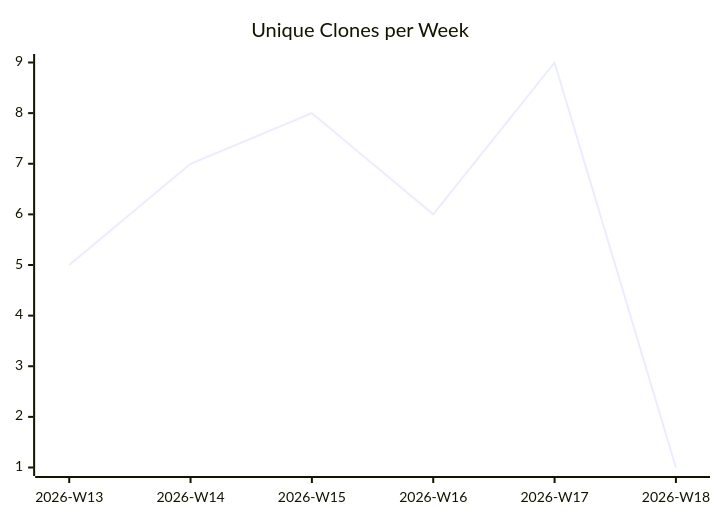
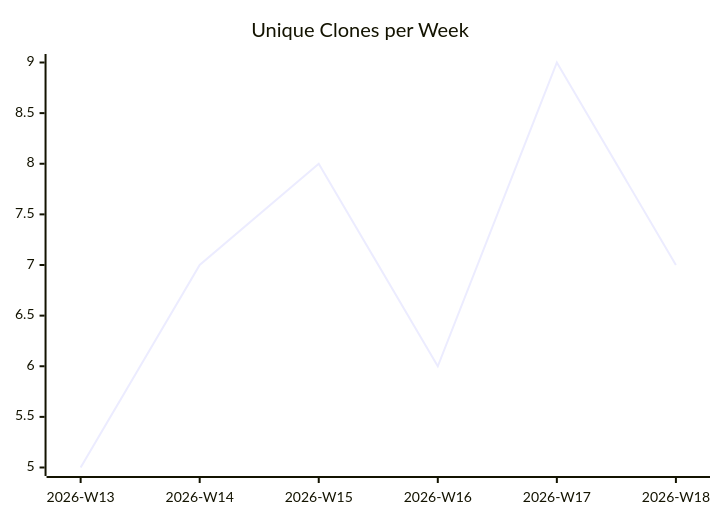
One commit to justdavis-family/github-analytics-data changed the third of 3 diagrams in karlmdavis/ansible-role-jenkins2/README.md. Above: the diagram before and after it, drawn with Mermaid. The commit also changed other lines of this file and 184 other files, not shown here.

````diff
--- a/karlmdavis/ansible-role-jenkins2/README.md
+++ b/karlmdavis/ansible-role-jenkins2/README.md
@@ -19,6 +19,6 @@
 ```mermaid
 xychart-beta
   title "Unique Clones per Week"
   x-axis ["2026-W13", "2026-W14", "2026-W15", "2026-W16", "2026-W17", "2026-W18"]
-  line [5, 7, 8, 6, 9, 1]
+  line [5, 7, 8, 6, 9, 7]
 ```
````
